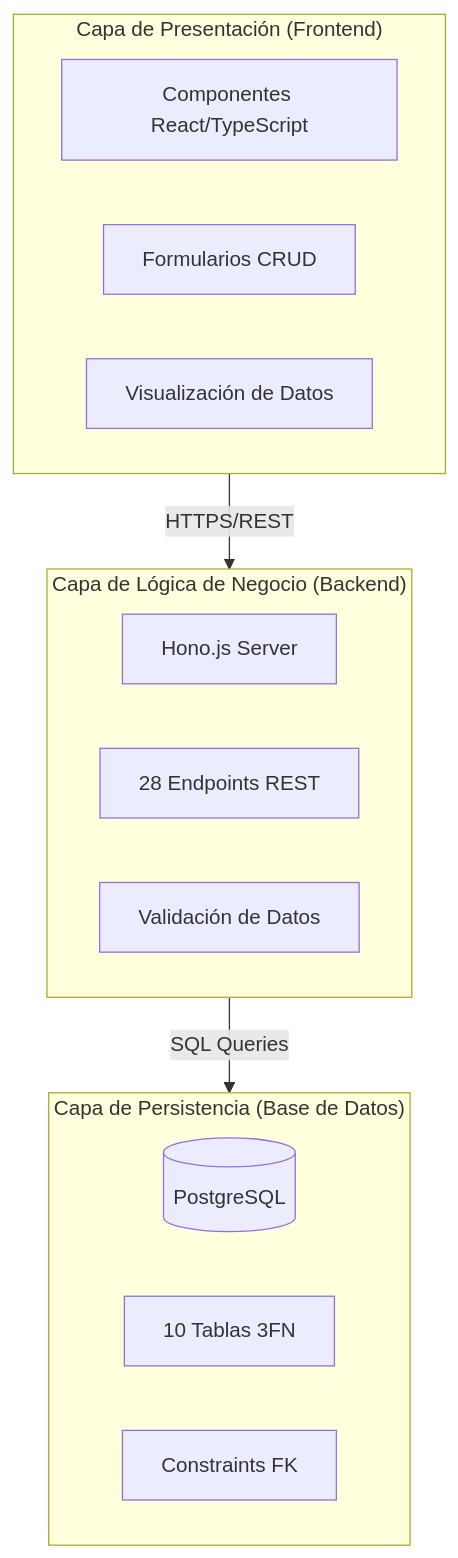
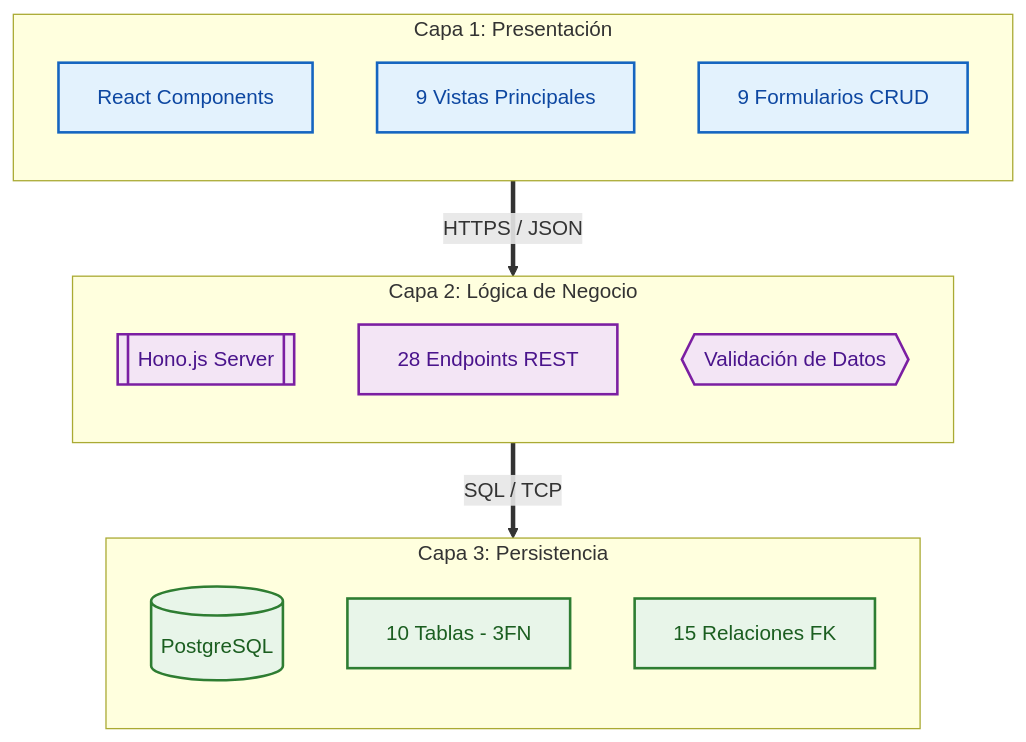
The first of 4 diagrams in docs/ARCHITECTURE.md (jhulio435m/iot-management-system), drawn with Mermaid before and after one commit. The commit also changed other lines of this file, not shown here.

Commit message:
Revise architecture diagram and project metadata
Updated architecture diagram and project details.

````diff
--- a/docs/ARCHITECTURE.md
+++ b/docs/ARCHITECTURE.md
@@ -27,23 +27,38 @@
 ```mermaid
-graph TB
-    subgraph Frontend["Capa de Presentación (Frontend)"]
-        A[Componentes React/TypeScript]
-        B[Formularios CRUD]
-        C[Visualización de Datos]
+graph TD
+    %% Definición de estilos profesionales
+    classDef frontend fill:#e3f2fd,stroke:#1565c0,stroke-width:2px,color:#0d47a1;
+    classDef backend fill:#f3e5f5,stroke:#7b1fa2,stroke-width:2px,color:#4a148c;
+    classDef database fill:#e8f5e9,stroke:#2e7d32,stroke-width:2px,color:#1b5e20;
+    
+    %% Configuración del Grafo
+    subgraph Client [" Capa 1: Presentación "]
+        direction TB
+        Componentes[React Components]
+        Vistas[9 Vistas Principales]
+        Forms[9 Formularios CRUD]
     end
     
-    subgraph Backend["Capa de Lógica de Negocio (Backend)"]
-        D[Hono.js Server]
-        E[28 Endpoints REST]
-        F[Validación de Datos]
+    subgraph Server [" Capa 2: Lógica de Negocio "]
+        direction TB
+        Hono[[Hono.js Server]]
+        Endpoints[28 Endpoints REST]
+        Validacion{{Validación de Datos}}
     end
     
-    subgraph Database["Capa de Persistencia (Base de Datos)"]
-        G[(PostgreSQL)]
-        H[10 Tablas 3FN]
-        I[Constraints FK]
+    subgraph DB [" Capa 3: Persistencia "]
+        direction TB
+        Postgres[(PostgreSQL)]
+        Tablas[10 Tablas - 3FN]
+        FK[15 Relaciones FK]
     end
     
-    Frontend -->|HTTPS/REST| Backend
-    Backend -->|SQL Queries| Database
+    %% Relaciones
+    Client ==>|"HTTPS / JSON"| Server
+    Server ==>|"SQL / TCP"| DB
+    
+    %% Asignación de estilos
+    class Componentes,Vistas,Forms frontend;
+    class Hono,Endpoints,Validacion backend;
+    class Postgres,Tablas,FK database;
 ```
````
